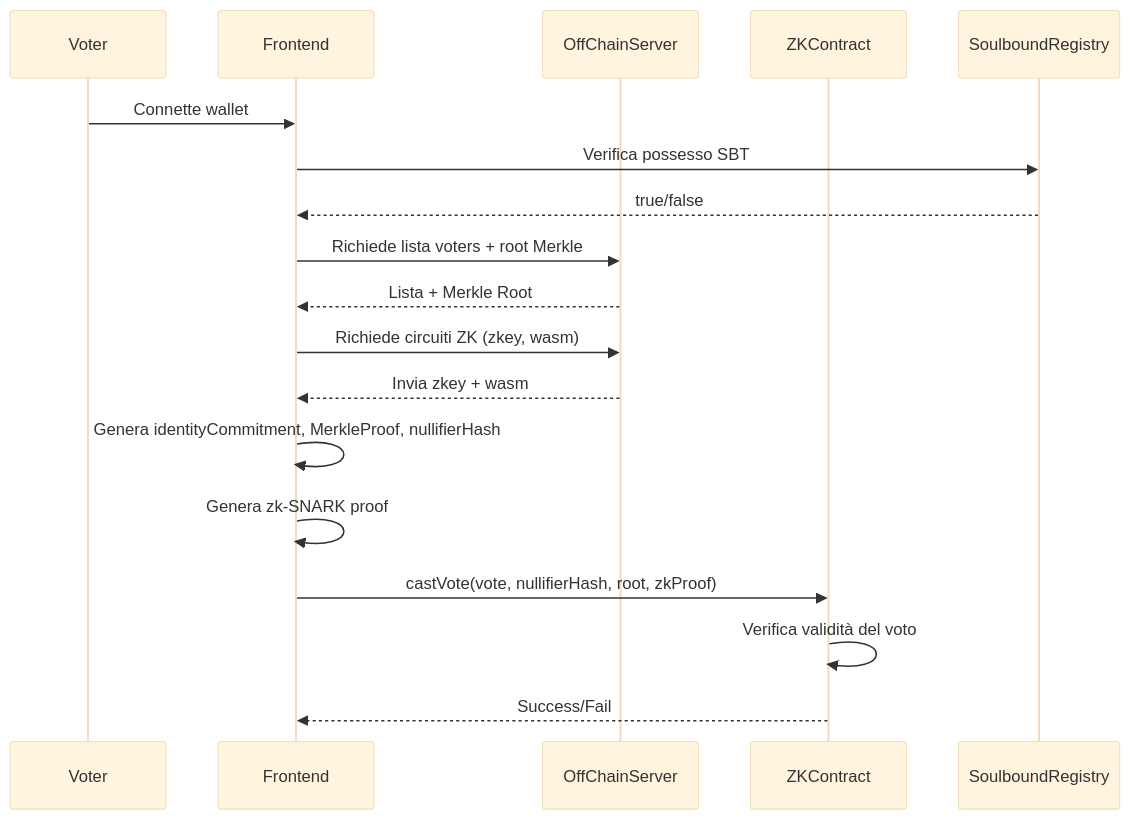
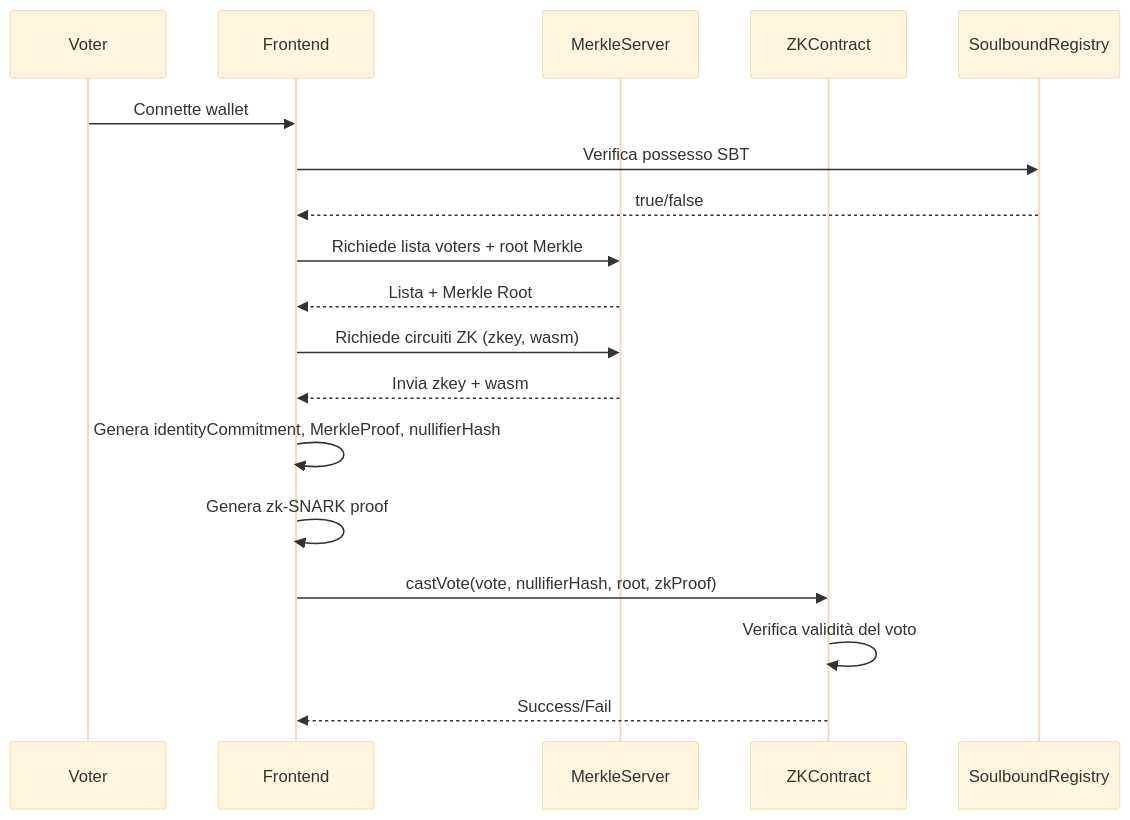
One commit to exo404/3-Voting changed the first of 6 diagrams in README.md. Above: the diagram before and after it, drawn with Mermaid (base theme).

````diff
--- a/README.md
+++ b/README.md
@@ -7,26 +7,26 @@
 ```mermaid
 sequenceDiagram
   participant Voter
   participant Frontend
-  participant OffChainServer
+  participant MerkleServer
   participant ZKContract
   participant SoulboundRegistry
 
   Voter->>Frontend: Connette wallet
   Frontend->>SoulboundRegistry: Verifica possesso SBT
   SoulboundRegistry-->>Frontend: true/false
 
-  Frontend->>OffChainServer: Richiede lista voters + root Merkle
-  OffChainServer-->>Frontend: Lista + Merkle Root
+  Frontend->>MerkleServer: Richiede lista voters + root Merkle
+  MerkleServer-->>Frontend: Lista + Merkle Root
 
-  Frontend->>OffChainServer: Richiede circuiti ZK (zkey, wasm)
-  OffChainServer-->>Frontend: Invia zkey + wasm
+  Frontend->>MerkleServer: Richiede circuiti ZK (zkey, wasm)
+  MerkleServer-->>Frontend: Invia zkey + wasm
 
   Frontend->>Frontend: Genera identityCommitment, MerkleProof, nullifierHash
   Frontend->>Frontend: Genera zk-SNARK proof
 
   Frontend->>ZKContract: castVote(vote, nullifierHash, root, zkProof)
 
   ZKContract->>ZKContract: Verifica validità del voto
   ZKContract-->>Frontend: Success/Fail
 ```
````
